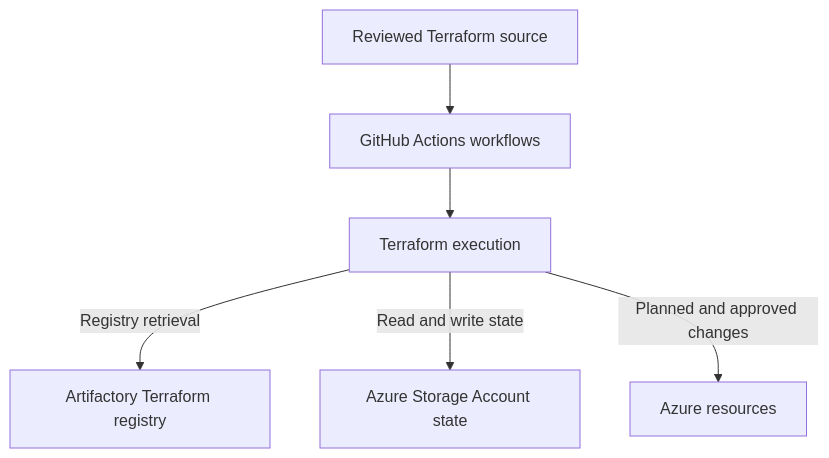
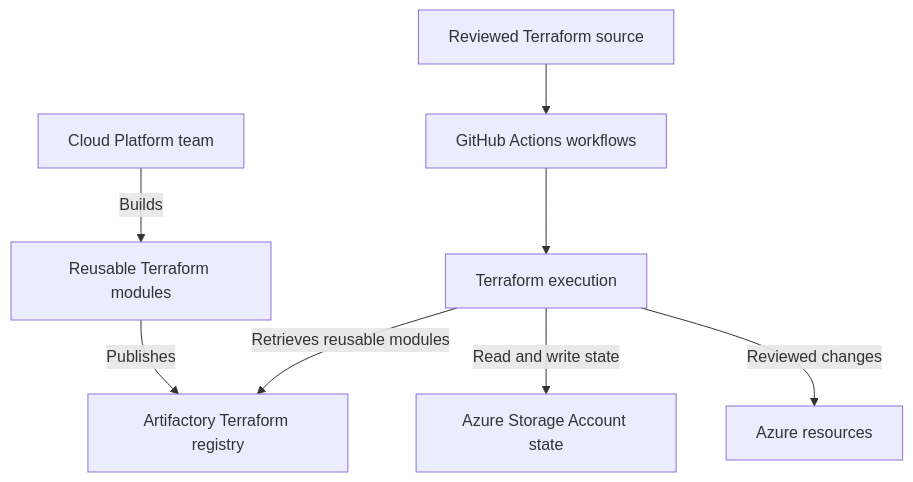
Before and after one commit to santosrodriguez/cloud-platform-documentation: the diagram in infrastructure-as-code/terraform-platform.md, drawn with Mermaid. The commit also changed other lines of this file and 42 other files, not shown here.

````diff
--- a/infrastructure-as-code/terraform-platform.md
+++ b/infrastructure-as-code/terraform-platform.md
@@ -19,8 +20,10 @@
 ```mermaid
 flowchart TD
     source["Reviewed Terraform source"] --> workflows["GitHub Actions workflows"]
     workflows --> terraform["Terraform execution"]
-    terraform -->|"Registry retrieval"| artifactory["Artifactory Terraform registry"]
+    cloudTeam["Cloud Platform team"] -->|"Builds"| modules["Reusable Terraform modules"]
+    modules -->|"Publishes"| artifactory["Artifactory Terraform registry"]
+    terraform -->|"Retrieves reusable modules"| artifactory
     terraform -->|"Read and write state"| state["Azure Storage Account state"]
-    terraform -->|"Planned and approved changes"| azure["Azure resources"]
+    terraform -->|"Reviewed changes"| azure["Azure resources"]
 ```
````
